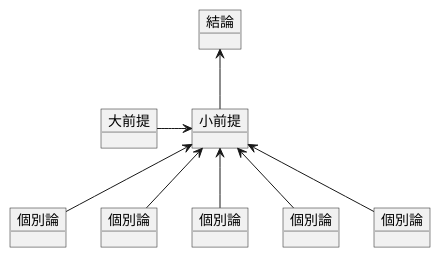
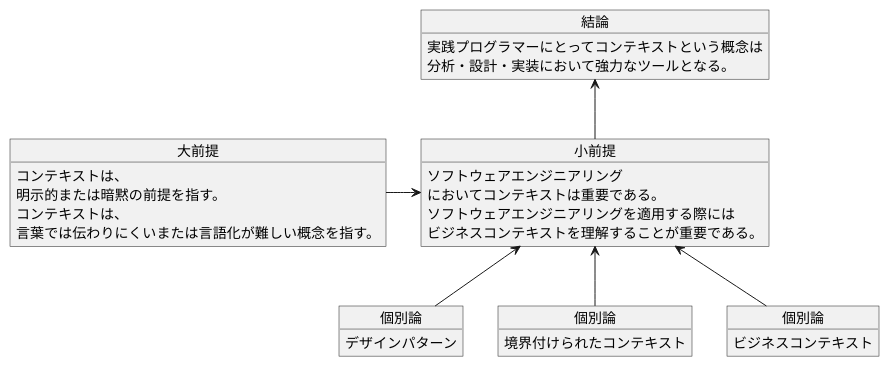
Diagram 19 of 19 in docs/slides/episode03.md (k2works/pragmatic-presentation-exercise-2024), drawn with PlantUML before and after one commit. The commit also changed other lines of this file, not shown here.

````diff
--- a/docs/slides/episode03.md
+++ b/docs/slides/episode03.md
@@ -691,31 +712,38 @@
 ```plantuml
 @startuml
 
 object "結論" as A {
+	実践プログラマーにとってコンテキストという概念は
+	分析・設計・実装において強力なツールとなる。
 }
 object "小前提" as B {
+	ソフトウェアエンジニアリング
+	においてコンテキストは重要である。
+	ソフトウェアエンジニアリングを適用する際には
+	ビジネスコンテキストを理解することが重要である。
 }
 object "大前提" as C {
+  コンテキストは、
+	明示的または暗黙の前提を指す。
+  コンテキストは、
+	言葉では伝わりにくいまたは言語化が難しい概念を指す。
 }
 A <-- B
 C -> B
 
 object "個別論" as B_1 {
+	デザインパターン
 }
 object "個別論" as B_2 {
+	境界付けられたコンテキスト
 }
 object "個別論" as B_3 {
-}
-object "個別論" as B_4 {
-}
-object "個別論" as B_5 {
+	ビジネスコンテキスト
 }
 
 B <-- B_1
 B <-- B_2
 B <-- B_3
-B <-- B_4
-B <-- B_5
 
 @enduml
 ```
````
